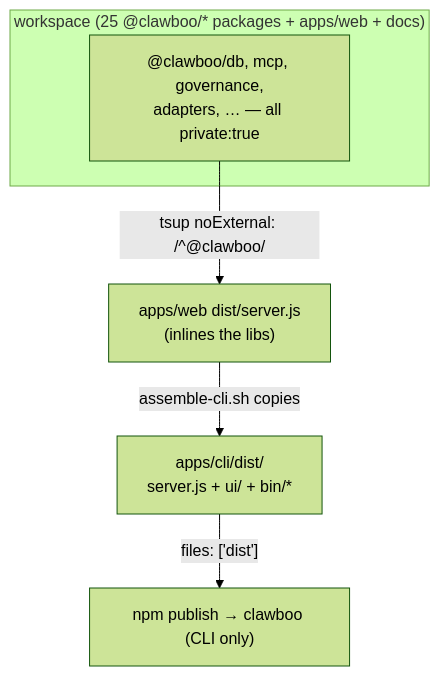
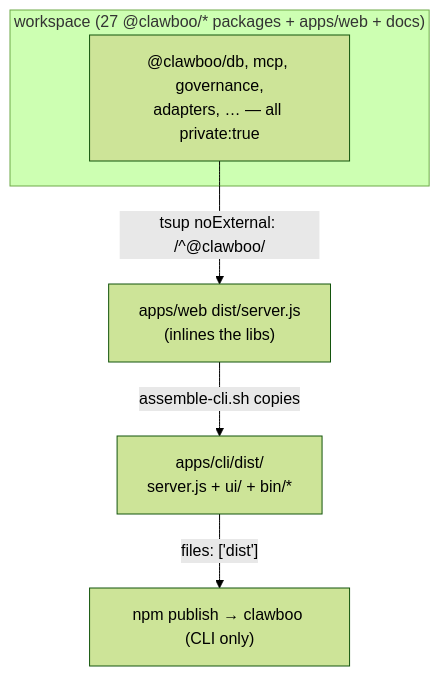
The first of 2 diagrams in docs/internals/release-process.md (clawboo/clawboo), drawn with Mermaid (forest theme) before and after one commit. The commit also changed other lines of this file and 66 other files, not shown here.

````diff
--- a/docs/internals/release-process.md
+++ b/docs/internals/release-process.md
@@ -20,9 +20,9 @@
 ```mermaid
 graph TD
-  subgraph ws["workspace (25 @clawboo/* packages + apps/web + docs)"]
+  subgraph ws["workspace (27 @clawboo/* packages + apps/web + docs)"]
     libs["@clawboo/db, mcp, governance,<br/>adapters, … — all private:true"]
   end
   libs -- "tsup noExternal: /^@clawboo/" --> bundle["apps/web dist/server.js<br/>(inlines the libs)"]
   bundle -- "assemble-cli.sh copies" --> clidist["apps/cli/dist/<br/>server.js + ui/ + bin/*"]
   clidist -- "files: ['dist']" --> npm["npm publish → clawboo (CLI only)"]
 ```
````
